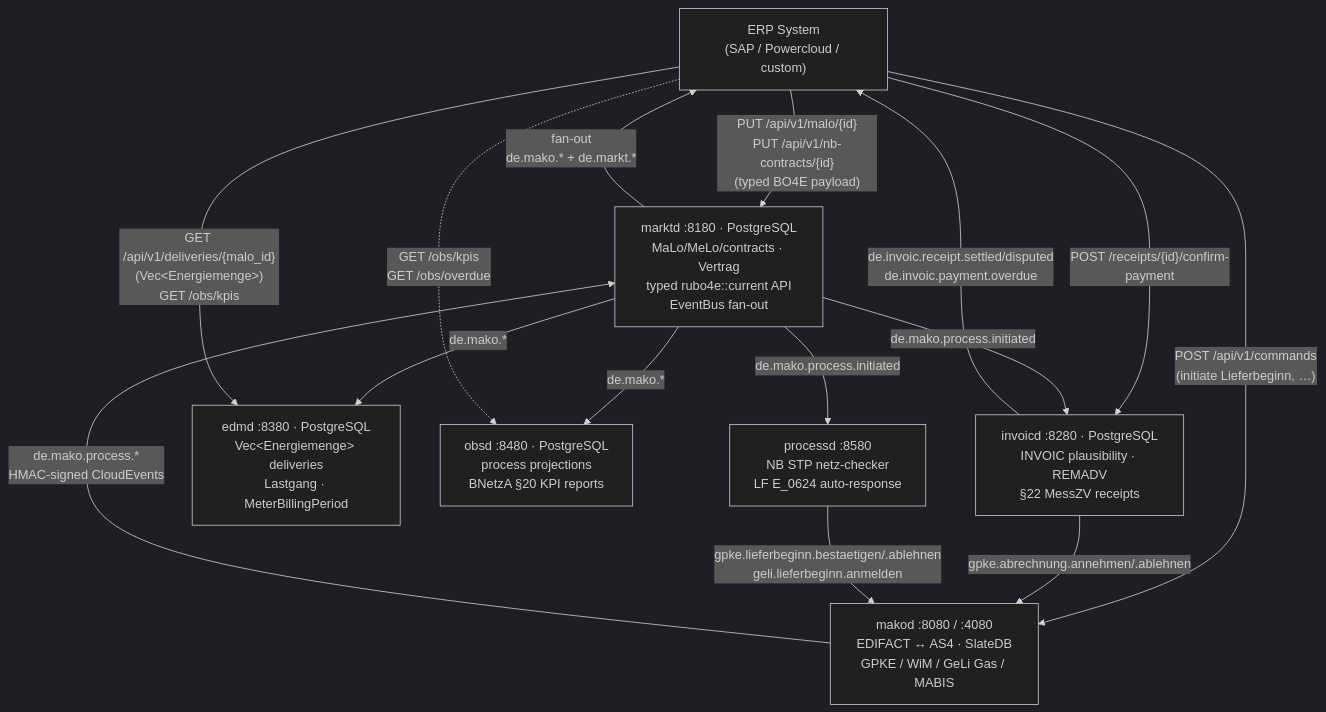
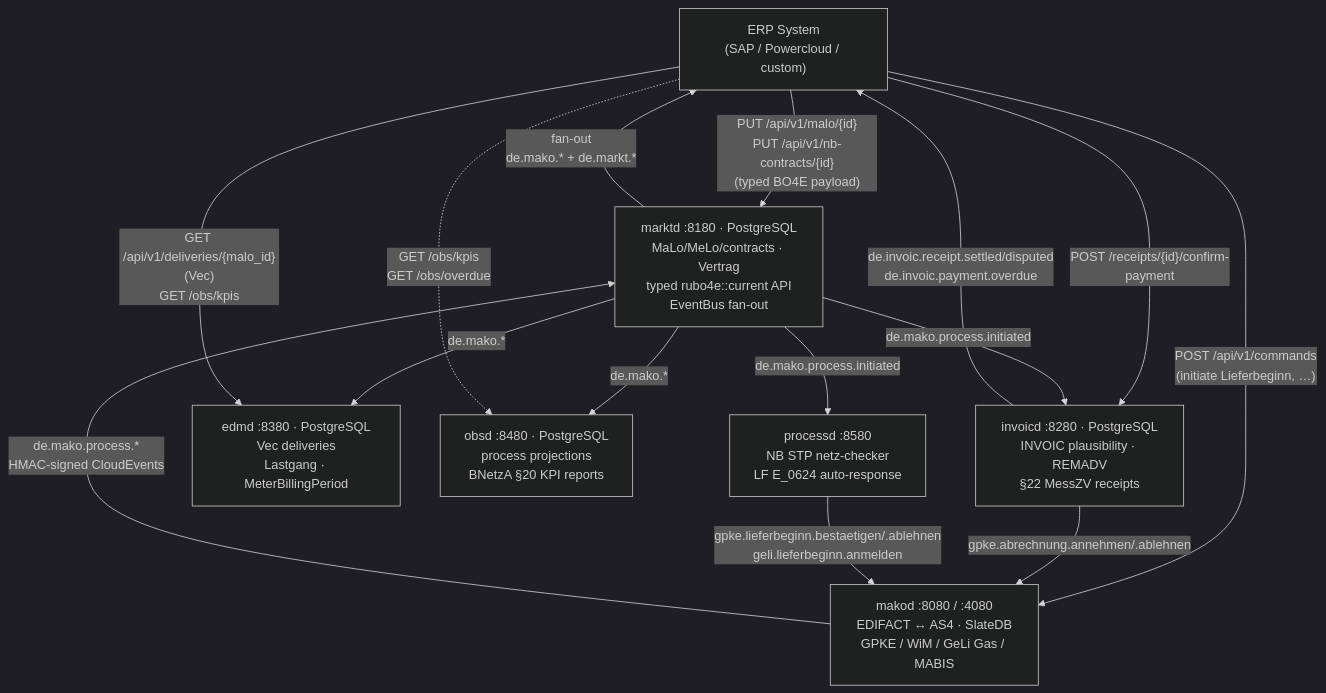
The diagram in docs/erp-integration.md (hupe1980/mako), drawn with Mermaid (dark theme) before and after one commit. The commit also changed 2 other files, not shown here.

Commit message:
refactor: update Mermaid diagram syntax for improved clarity in architecture and documentation

````diff
--- a/docs/erp-integration.md
+++ b/docs/erp-integration.md
@@ -172,28 +172,28 @@
 ```mermaid
 graph TB
     ERP["ERP System\n(SAP / Powercloud / custom)"]
     makod["makod :8080 / :4080\nEDIFACT ↔ AS4 · SlateDB\nGPKE / WiM / GeLi Gas / MABIS"]
     marktd["marktd :8180 · PostgreSQL\nMaLo/MeLo/contracts · Vertrag\ntyped rubo4e::current API\nEventBus fan-out"]
     invoicd["invoicd :8280 · PostgreSQL\nINVOIC plausibility · REMADV\n§22 MessZV receipts"]
-    edmd["edmd :8380 · PostgreSQL\nVec&lt;Energiemenge&gt; deliveries\nLastgang · MeterBillingPeriod"]
+    edmd["edmd :8380 · PostgreSQL\nVec<Energiemenge> deliveries\nLastgang · MeterBillingPeriod"]
     obsd["obsd :8480 · PostgreSQL\nprocess projections\nBNetzA §20 KPI reports"]
     processd["processd :8580\nNB STP netz-checker\nLF E_0624 auto-response"]
 
     ERP -->|"PUT /api/v1/malo/{id}\nPUT /api/v1/nb-contracts/{id}\n(typed BO4E payload)"| marktd
     ERP -->|"POST /api/v1/commands\n(initiate Lieferbeginn, …)"| makod
     ERP -->|"POST /receipts/{id}/confirm-payment"| invoicd
 
     makod -->|"de.mako.process.*\nHMAC-signed CloudEvents"| marktd
     marktd -->|"fan-out\nde.mako.* + de.markt.*"| ERP
     marktd -->|"de.mako.process.initiated"| invoicd
     marktd -->|"de.mako.process.initiated"| processd
     marktd -->|"de.mako.*"| edmd
     marktd -->|"de.mako.*"| obsd
 
     invoicd -->|"de.invoic.receipt.settled/disputed\nde.invoic.payment.overdue"| ERP
     invoicd -->|"gpke.abrechnung.annehmen/.ablehnen"| makod
     processd -->|"gpke.lieferbeginn.bestaetigen/.ablehnen\ngeli.lieferbeginn.anmelden"| makod
 
-    ERP -->|"GET /api/v1/deliveries/{malo_id}\n(Vec&lt;Energiemenge&gt;)\nGET /obs/kpis"| edmd
+    ERP -->|"GET /api/v1/deliveries/{malo_id}\n(Vec<Energiemenge>)\nGET /obs/kpis"| edmd
     ERP -.->|"GET /obs/kpis\nGET /obs/overdue"| obsd
 ```
````
